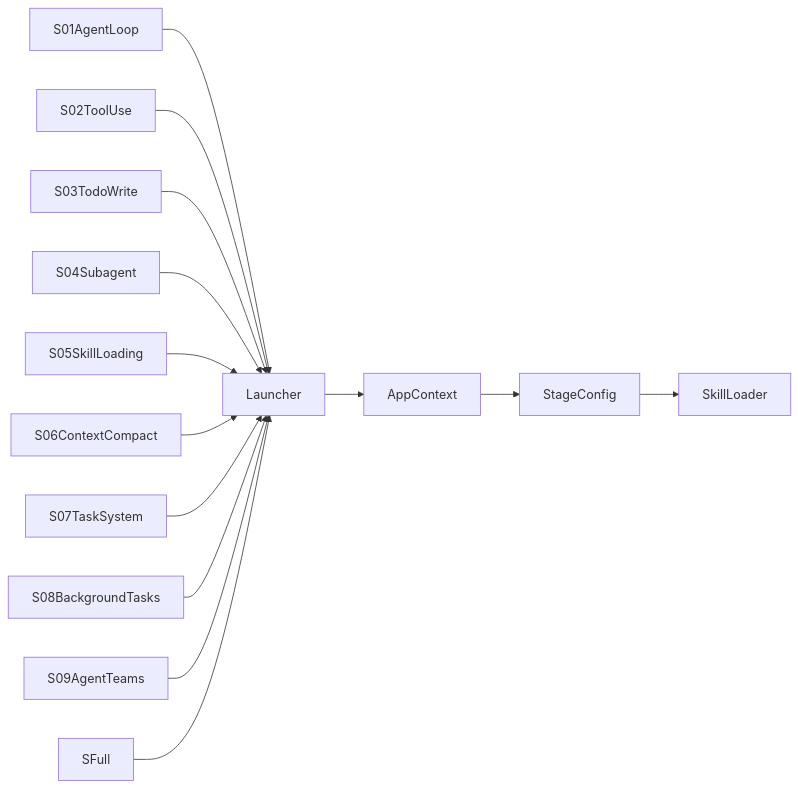
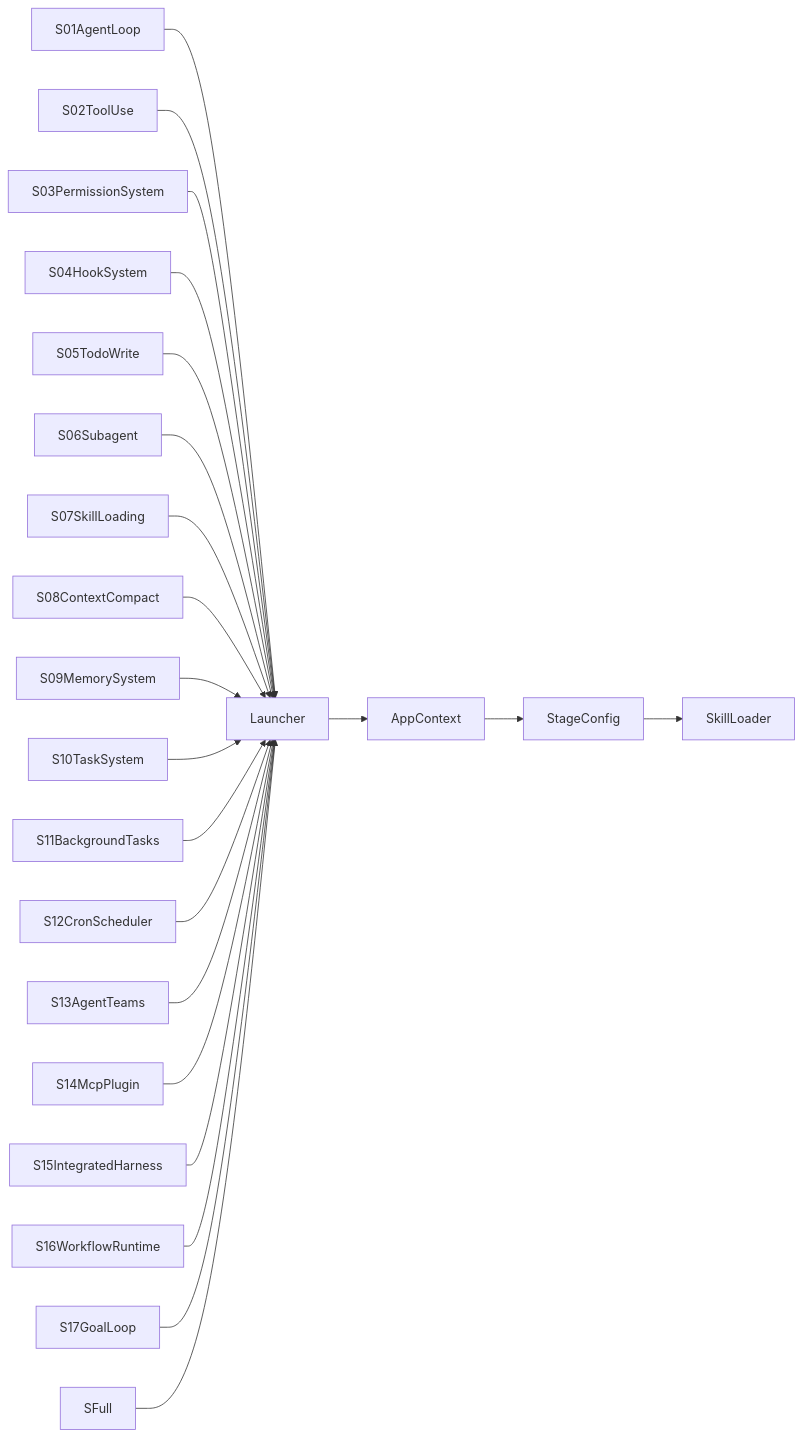
Before and after one commit to chenlds1994/learn-claude-code-java: the seventh of 7 diagrams in .qoder/repowiki/zh/content/架构设计/设计模式应用/策略模式应用.md, drawn with Mermaid. The commit also changed other lines of this file and 143 other files, not shown here.

First line of the commit message:
更新 repowiki 与 drawio 教程图至 17 阶段结构

````diff
--- a/.qoder/repowiki/zh/content/架构设计/设计模式应用/策略模式应用.md
+++ b/.qoder/repowiki/zh/content/架构设计/设计模式应用/策略模式应用.md
@@ -306,16 +334,24 @@
 ```mermaid
 graph LR
 S01["S01AgentLoop"] --> L["Launcher"]
 S02["S02ToolUse"] --> L
-S03["S03TodoWrite"] --> L
-S04["S04Subagent"] --> L
-S05["S05SkillLoading"] --> L
-S06["S06ContextCompact"] --> L
-S07["S07TaskSystem"] --> L
-S08["S08BackgroundTasks"] --> L
-S09["S09AgentTeams"] --> L
+S03["S03PermissionSystem"] --> L
+S04["S04HookSystem"] --> L
+S05["S05TodoWrite"] --> L
+S06["S06Subagent"] --> L
+S07["S07SkillLoading"] --> L
+S08["S08ContextCompact"] --> L
+S09["S09MemorySystem"] --> L
+S10["S10TaskSystem"] --> L
+S11["S11BackgroundTasks"] --> L
+S12["S12CronScheduler"] --> L
+S13["S13AgentTeams"] --> L
+S14["S14McpPlugin"] --> L
+S15["S15IntegratedHarness"] --> L
+S16["S16WorkflowRuntime"] --> L
+S17["S17GoalLoop"] --> L
 SF["SFull"] --> L
 L --> AC["AppContext"]
 AC --> STG["StageConfig"]
 STG --> SK["SkillLoader"]
 ```
````
